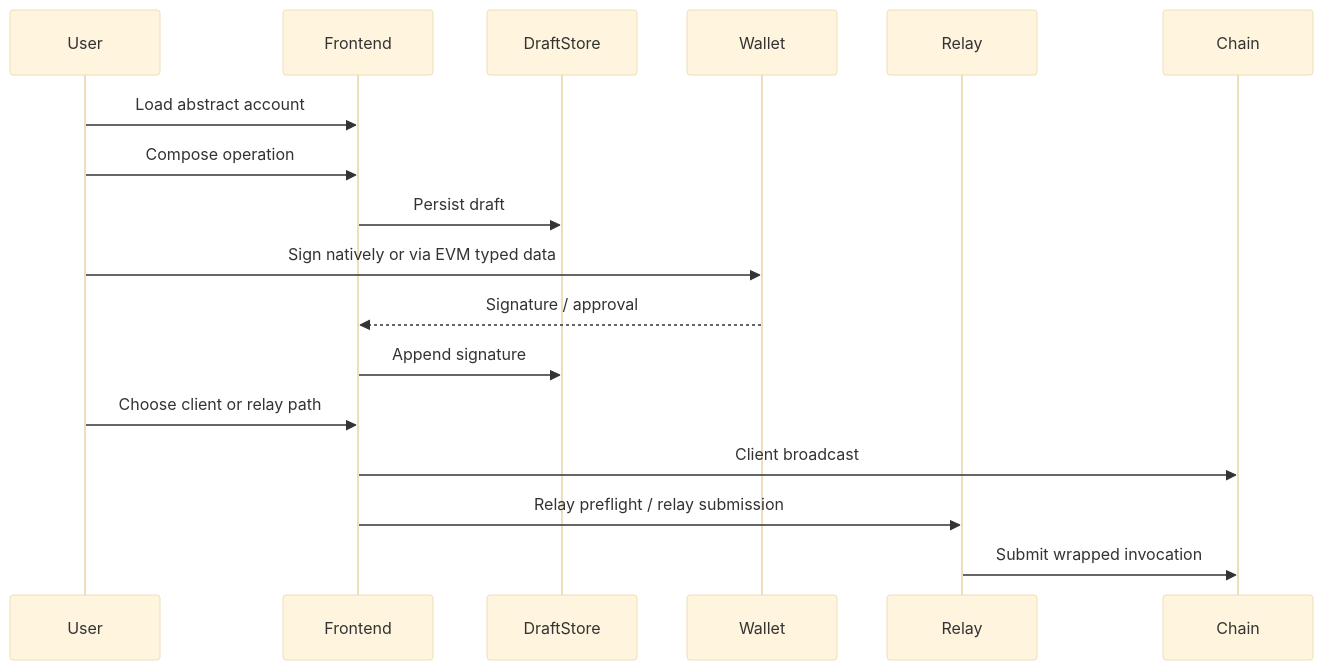
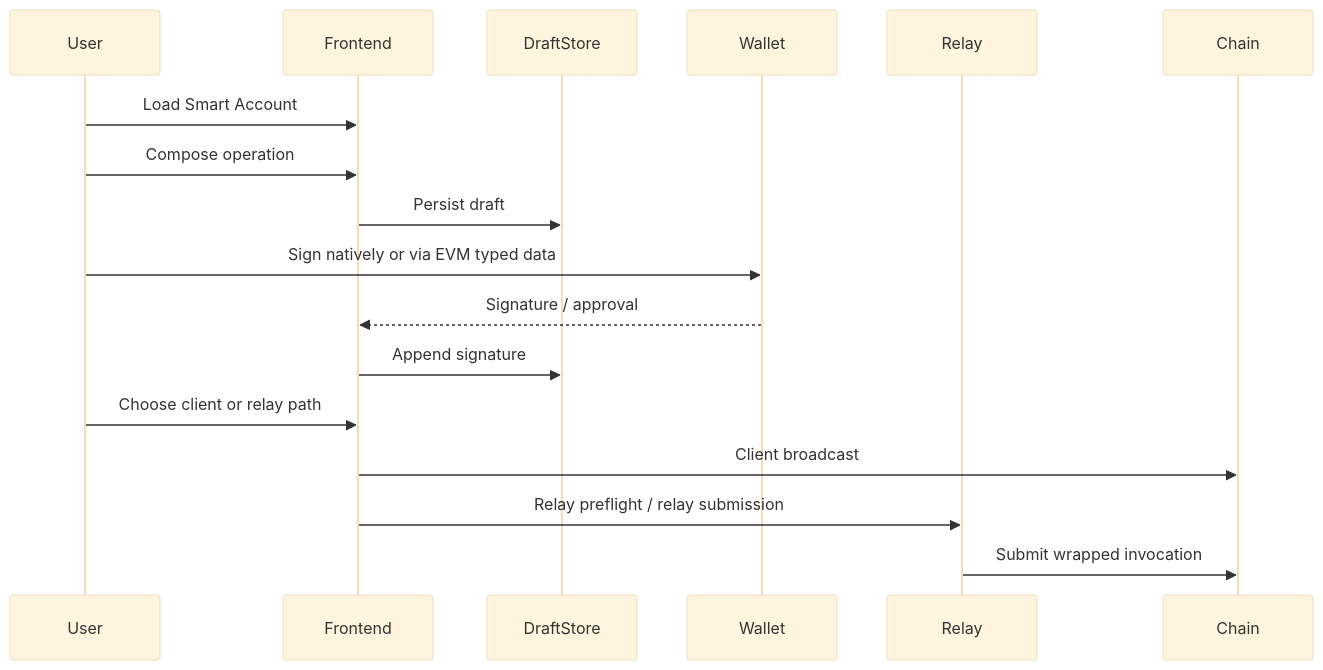
The second of 2 diagrams in docs/HOW_IT_WORKS.md (r3e-network/neo-os-aa), drawn with Mermaid (base theme) before and after one commit. The commit also changed other lines of this file and 822 other files, not shown here.

````diff
--- a/docs/HOW_IT_WORKS.md
+++ b/docs/HOW_IT_WORKS.md
@@ -85,20 +85,20 @@
 ```mermaid
 sequenceDiagram
   participant User
   participant Frontend
   participant DraftStore
   participant Wallet
   participant Relay
   participant Chain
 
-  User->>Frontend: Load abstract account
+  User->>Frontend: Load Smart Account
   User->>Frontend: Compose operation
   Frontend->>DraftStore: Persist draft
   User->>Wallet: Sign natively or via EVM typed data
   Wallet-->>Frontend: Signature / approval
   Frontend->>DraftStore: Append signature
   User->>Frontend: Choose client or relay path
   Frontend->>Chain: Client broadcast
   Frontend->>Relay: Relay preflight / relay submission
   Relay->>Chain: Submit wrapped invocation
 ```
````
